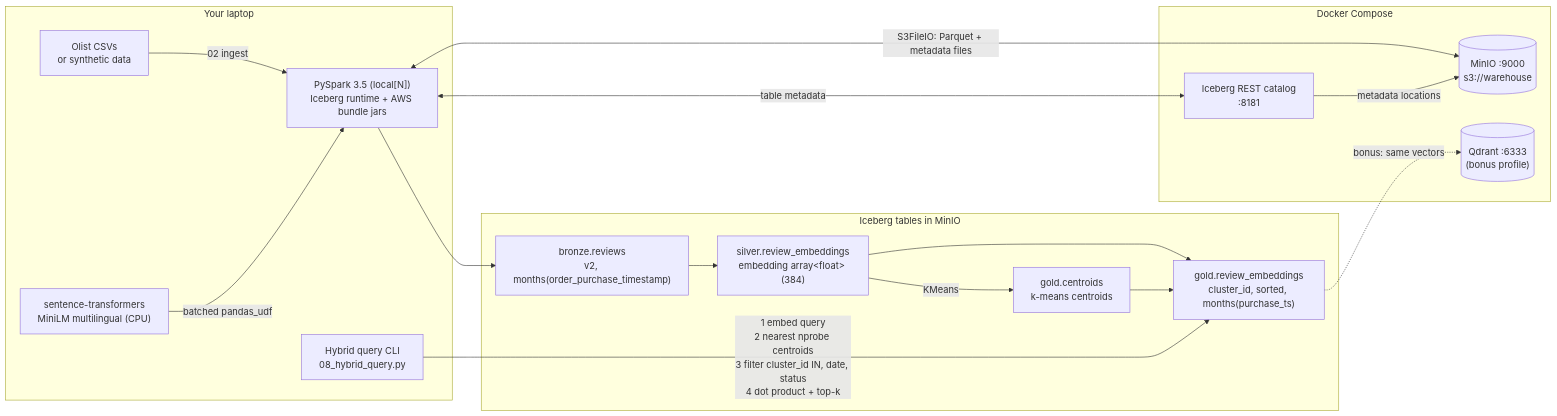
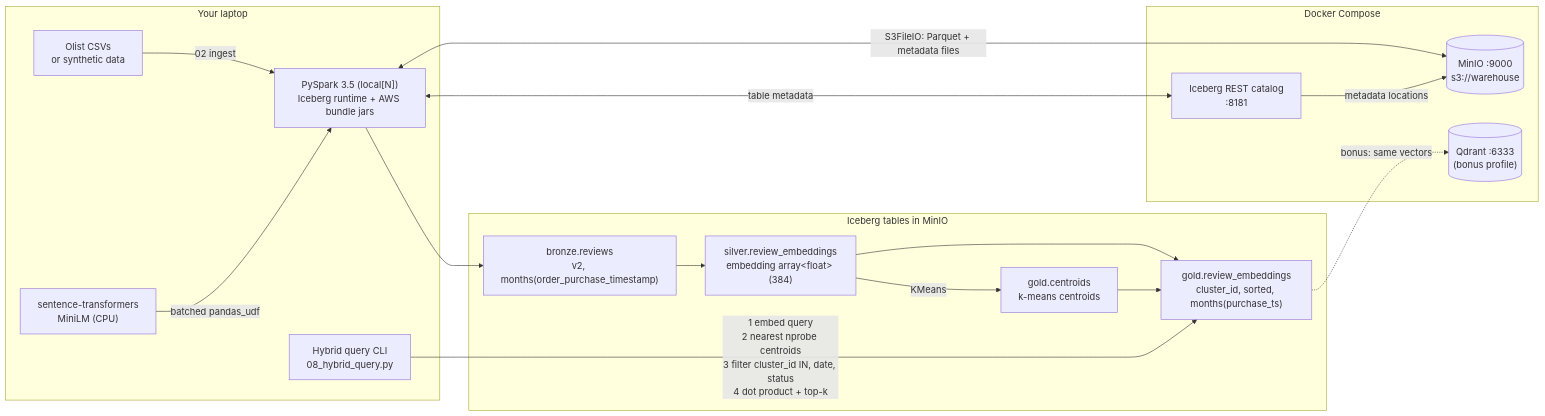
The diagram in docs/architecture.md (sweta2503/ai-lakehouse), drawn with Mermaid before and after one commit. The commit also changed 28 other files, not shown here.

````diff
--- a/docs/architecture.md
+++ b/docs/architecture.md
@@ -3,31 +3,31 @@
 ```mermaid
 flowchart LR
     subgraph Host["Your laptop"]
         CSV["Olist CSVs<br/>or synthetic data"]
         SP["PySpark 3.5 (local[N])<br/>Iceberg runtime + AWS bundle jars"]
-        ST["sentence-transformers<br/>MiniLM multilingual (CPU)"]
+        ST["sentence-transformers<br/>MiniLM (CPU)"]
         Q["Hybrid query CLI<br/>08_hybrid_query.py"]
     end
     subgraph Docker["Docker Compose"]
         REST["Iceberg REST catalog<br/>:8181"]
         MINIO[("MinIO :9000<br/>s3://warehouse")]
         QD[("Qdrant :6333<br/>(bonus profile)")]
     end
 
     CSV -->|02 ingest| SP
     SP <-->|table metadata| REST
     SP <-->|S3FileIO: Parquet + metadata files| MINIO
     REST -->|metadata locations| MINIO
     ST -->|batched pandas_udf| SP
 
     subgraph Lake["Iceberg tables in MinIO"]
         B["bronze.reviews<br/>v2, months(order_purchase_timestamp)"]
         S["silver.review_embeddings<br/>embedding array&lt;float&gt; (384)"]
         C["gold.centroids<br/>k-means centroids"]
         G["gold.review_embeddings<br/>cluster_id, sorted, months(purchase_ts)"]
     end
     SP --> B --> S --> G
     S -->|KMeans| C --> G
     Q -->|1 embed query<br/>2 nearest nprobe centroids<br/>3 filter cluster_id IN, date, status<br/>4 dot product + top-k| G
     G -.->|bonus: same vectors| QD
 ```
````
